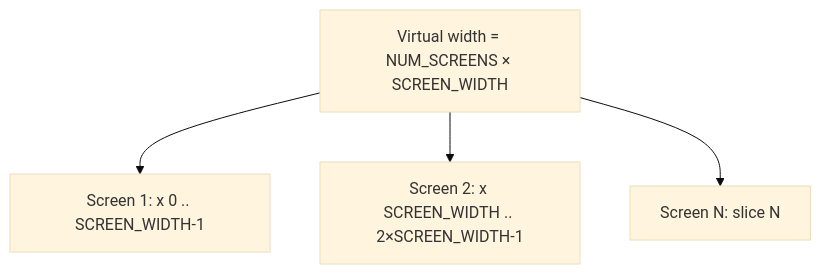
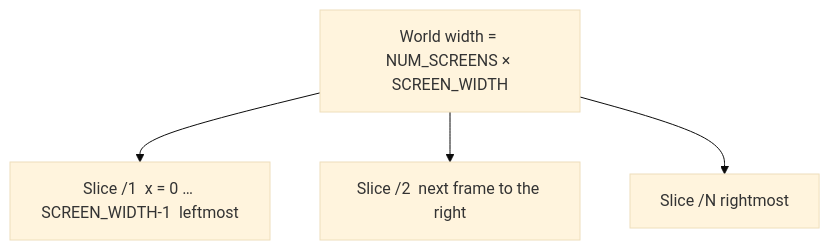
Before and after one commit to AnirudhPratapSinghYadav/LG-Arkanoid: the third of 3 diagrams in README.md, drawn with Mermaid (base theme). The commit also changed other lines of this file and 53 other files, not shown here.

````diff
--- a/README.md
+++ b/README.md
@@ -100,7 +361,7 @@
 ```mermaid
 flowchart TB
-  W["Virtual width = NUM_SCREENS × SCREEN_WIDTH"]
-  W --> S1["Screen 1: x 0 .. SCREEN_WIDTH-1"]
-  W --> S2["Screen 2: x SCREEN_WIDTH .. 2×SCREEN_WIDTH-1"]
-  W --> SN["Screen N: slice N"]
+  W["World width = NUM_SCREENS × SCREEN_WIDTH"]
+  W --> S1["Slice /1  x = 0 … SCREEN_WIDTH-1  leftmost"]
+  W --> S2["Slice /2  next frame to the right"]
+  W --> SN["Slice /N  rightmost"]
 ```
````
